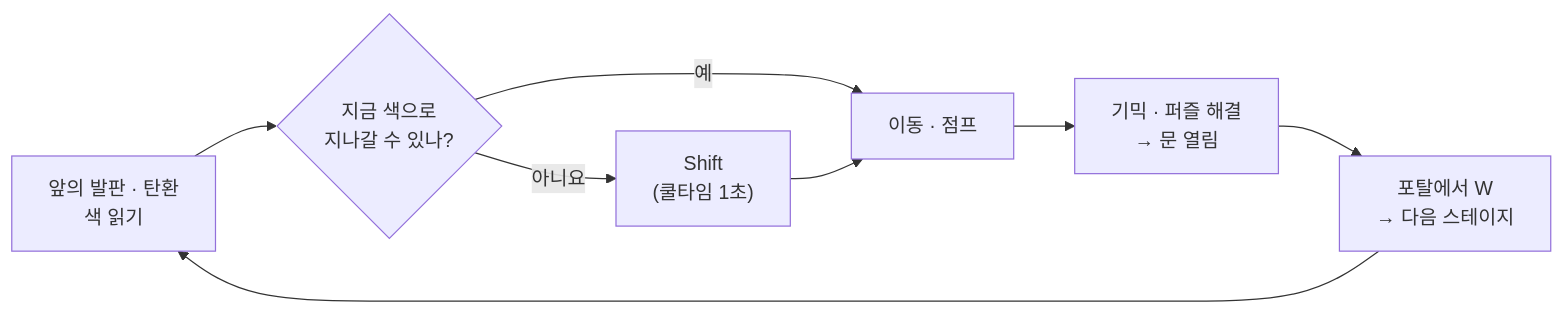
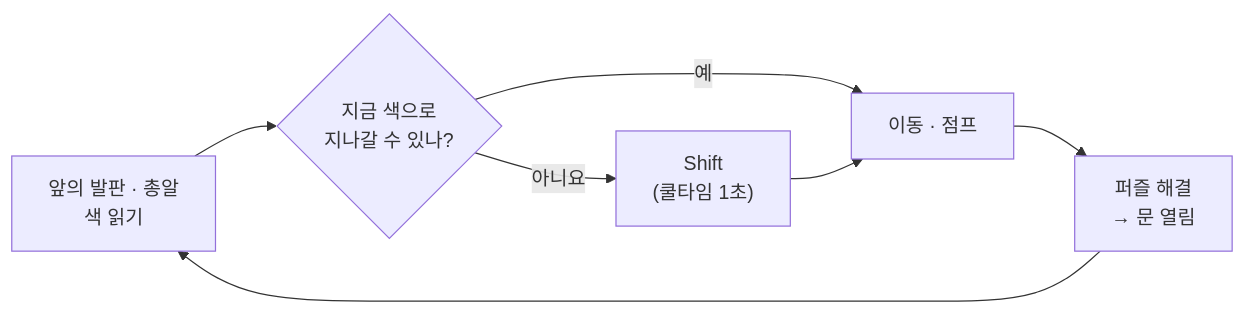
Before and after one commit to krKooHoo/portfolio-template: the first of 4 diagrams in src/Shifter/Shifter_기술문서.md, drawn with Mermaid. The commit also changed other lines of this file and 132 other files, not shown here.

````diff
--- a/src/Shifter/Shifter_기술문서.md
+++ b/src/Shifter/Shifter_기술문서.md
@@ -76,10 +72,9 @@
 ```mermaid
 flowchart LR
-    A["앞의 발판 · 탄환<br/>색 읽기"] --> B{"지금 색으로<br/>지나갈 수 있나?"}
+    A["앞의 발판 · 총알<br/>색 읽기"] --> B{"지금 색으로<br/>지나갈 수 있나?"}
     B -->|"예"| C["이동 · 점프"]
     B -->|"아니요"| D["Shift<br/>(쿨타임 1초)"]
     D --> C
-    C --> E["기믹 · 퍼즐 해결<br/>→ 문 열림"]
-    E --> F["포탈에서 W<br/>→ 다음 스테이지"]
-    F --> A
+    C --> E["퍼즐 해결<br/>→ 문 열림"]
+    E --> A
 ```
````
